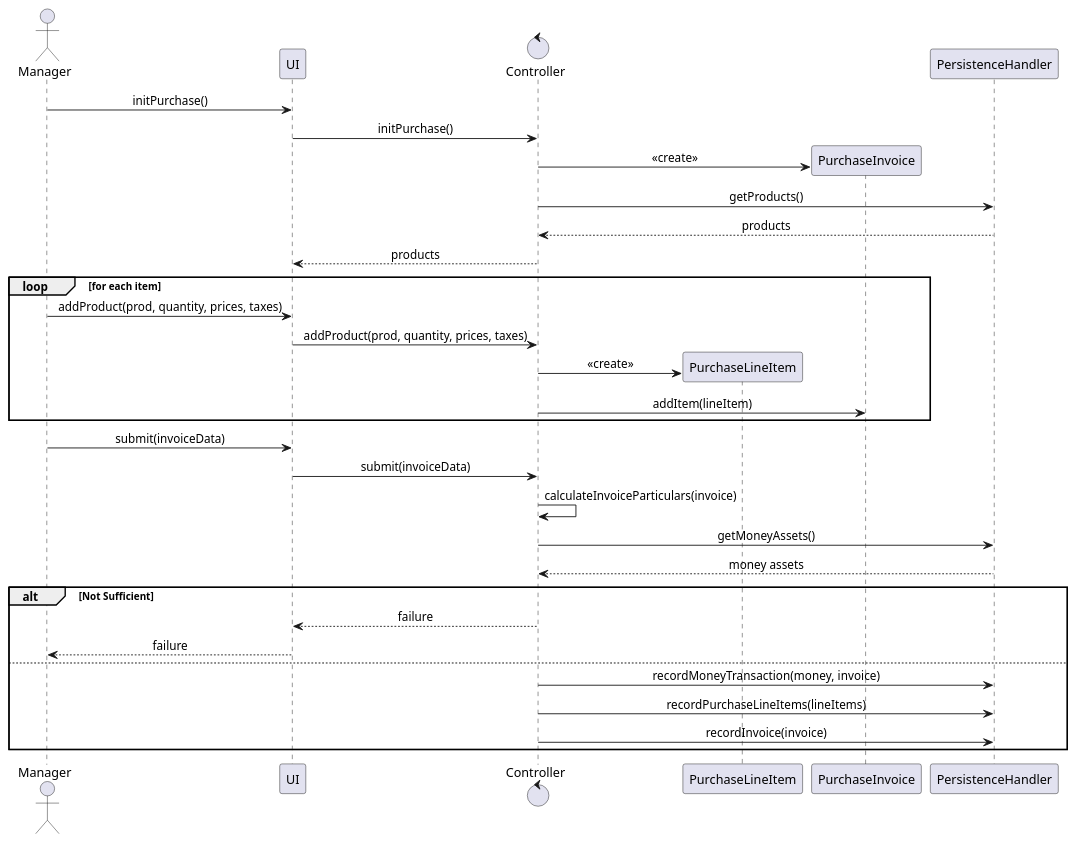
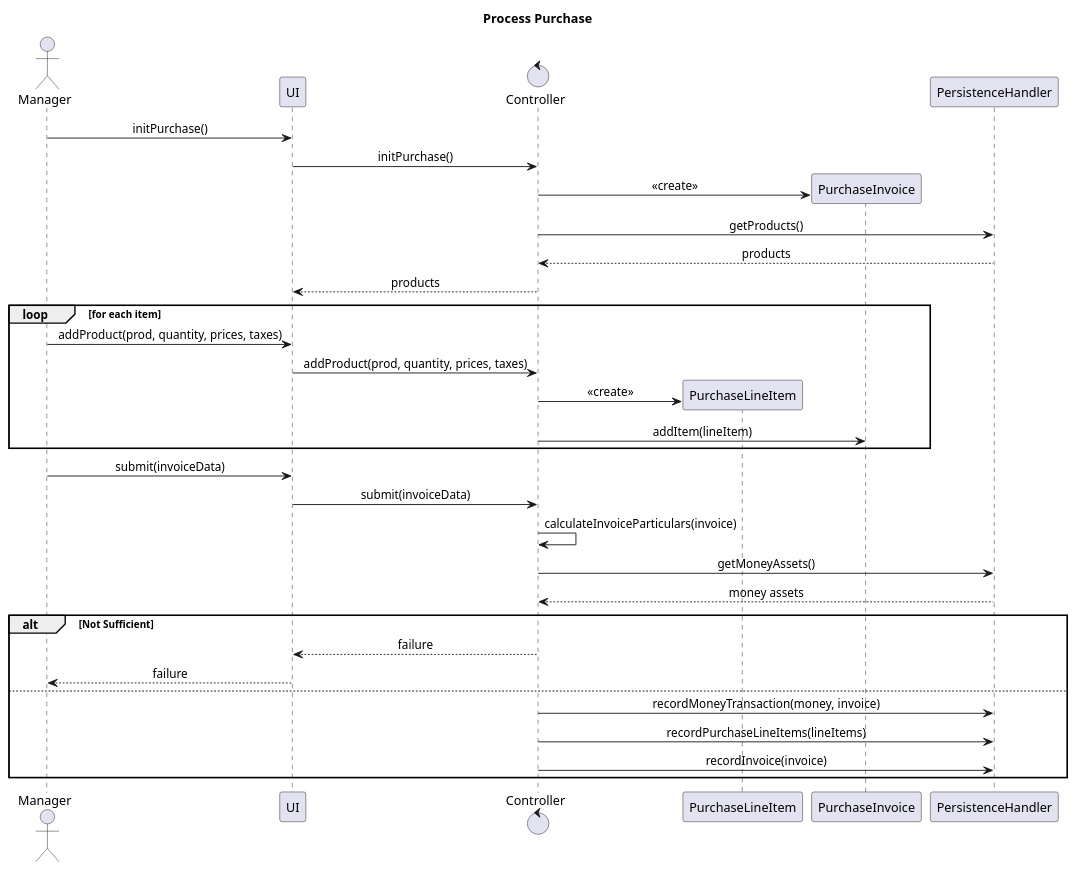
Before and after one commit to kabeer008/SystemDesignProject: the diagram in processPurchase.puml, drawn with PlantUML. The commit also changed 2 other files, not shown here.

```diff
--- a/processPurchase.puml
+++ b/processPurchase.puml
@@ -1,53 +1,54 @@
-@startuml
+@startuml Process Purchase
+title Process Purchase
 
 skinparam sequenceMessageAlign center
 
 actor Manager
 participant UI
 control Controller
 
 Manager->UI: initPurchase()
 UI->Controller: initPurchase()
 
 create participant PurchaseInvoice
 Controller->PurchaseInvoice: <<create>>
 
 Controller->PersistenceHandler: getProducts()
 PersistenceHandler-->Controller: products
 Controller-->UI: products
 
 loop for each item
 
     Manager->UI: addProduct(prod, quantity, prices, taxes)
     UI->Controller: addProduct(prod, quantity, prices, taxes)
 
     create participant PurchaseLineItem
     Controller->PurchaseLineItem: <<create>>
     Controller->PurchaseInvoice: addItem(lineItem)
 
 end
 
 Manager->UI: submit(invoiceData)
 UI->Controller: submit(invoiceData)
 
 Controller->Controller: calculateInvoiceParticulars(invoice)
 Controller->PersistenceHandler: getMoneyAssets()
 PersistenceHandler-->Controller: money assets
 
 alt Not Sufficient
     Controller-->UI: failure
     UI-->Manager: failure
 
 else
     Controller->PersistenceHandler: recordMoneyTransaction(money, invoice)
     Controller->PersistenceHandler: recordPurchaseLineItems(lineItems)
     Controller->PersistenceHandler: recordInvoice(invoice)
 
 end
 
 participant PurchaseLineItem
 participant PurchaseInvoice
 participant PersistenceHandler
 
 
 @enduml
```
